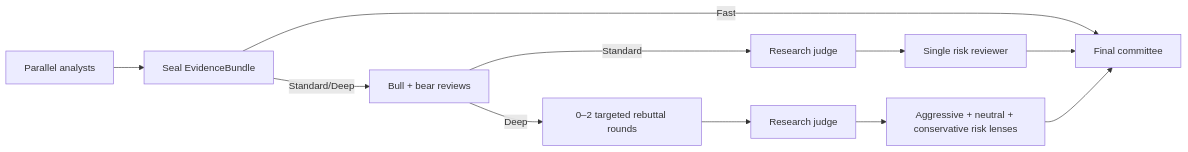
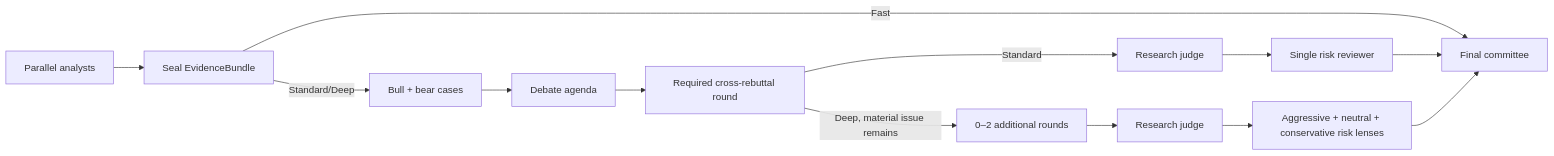
One commit to qingchiang/trading-agents-x changed the second of 2 diagrams in docs/architecture.md. Above: the diagram before and after it, drawn with Mermaid. The commit also changed other lines of this file and 2 other files, not shown here.

First line of the commit message:
feat(graph): define quality-first research profiles

````diff
--- a/docs/architecture.md
+++ b/docs/architecture.md
@@ -314,13 +314,15 @@
 ```mermaid
 flowchart LR
     A["Parallel analysts"] --> E["Seal EvidenceBundle"]
     E -->|Fast| FC["Final committee"]
-    E -->|Standard/Deep| BB["Bull + bear reviews"]
-    BB -->|Standard| J["Research judge"]
+    E -->|Standard/Deep| BB["Bull + bear cases"]
+    BB --> DA["Debate agenda"]
+    DA --> R1["Required cross-rebuttal round"]
+    R1 -->|Standard| J["Research judge"]
     J --> SR["Single risk reviewer"]
     SR --> FC
-    BB -->|Deep| R["0–2 targeted rebuttal rounds"]
+    R1 -->|Deep, material issue remains| R["0–2 additional rounds"]
     R --> J2["Research judge"]
     J2 --> RL["Aggressive + neutral + conservative risk lenses"]
     RL --> FC
 ```
````
